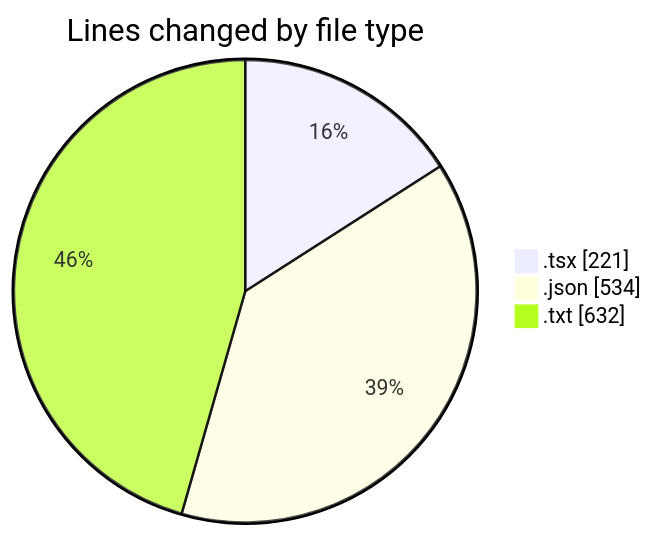
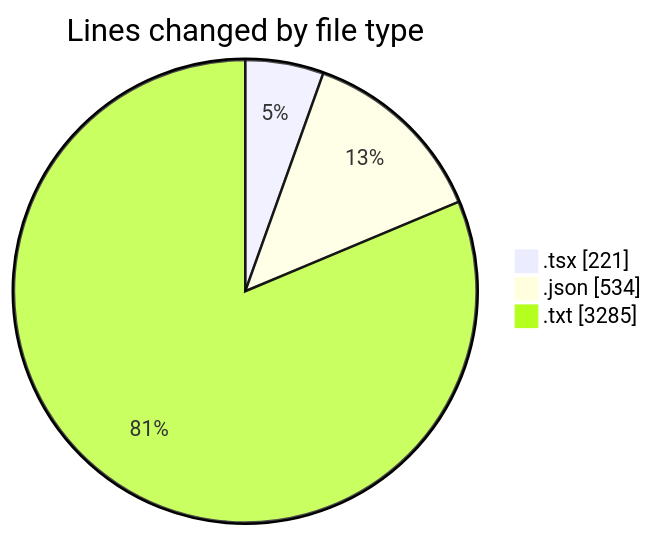
The first of 2 diagrams in 2025-08-01/tw-server/README.md (EIIisD/code-tracking), drawn with Mermaid before and after one commit. The commit also changed other lines of this file and 1 other file, not shown here.

````diff
--- a/2025-08-01/tw-server/README.md
+++ b/2025-08-01/tw-server/README.md
@@ -22,7 +23,7 @@
 ```mermaid
 pie showData
 title Lines changed by file type
 ".tsx" : 221
 ".json" : 534
-".txt" : 632
+".txt" : 3285
 ```
````
